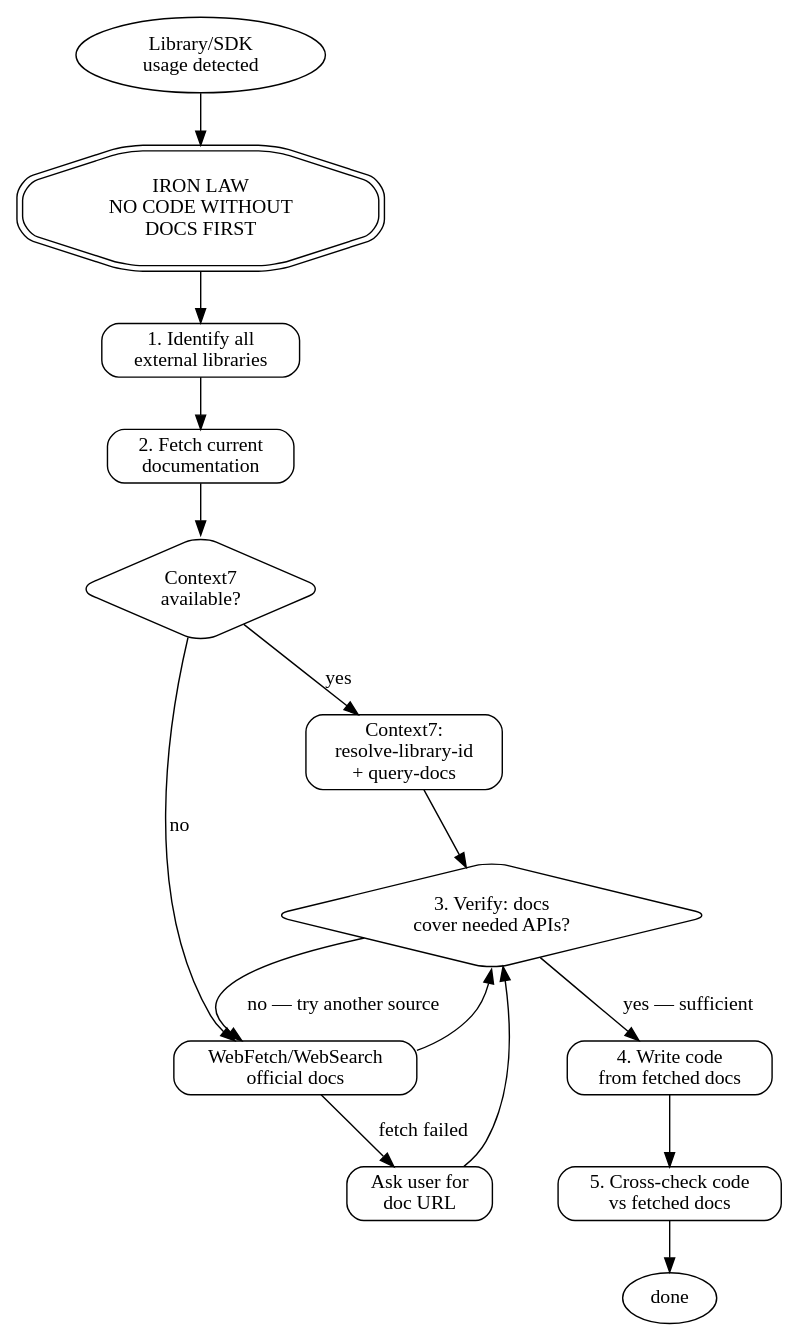
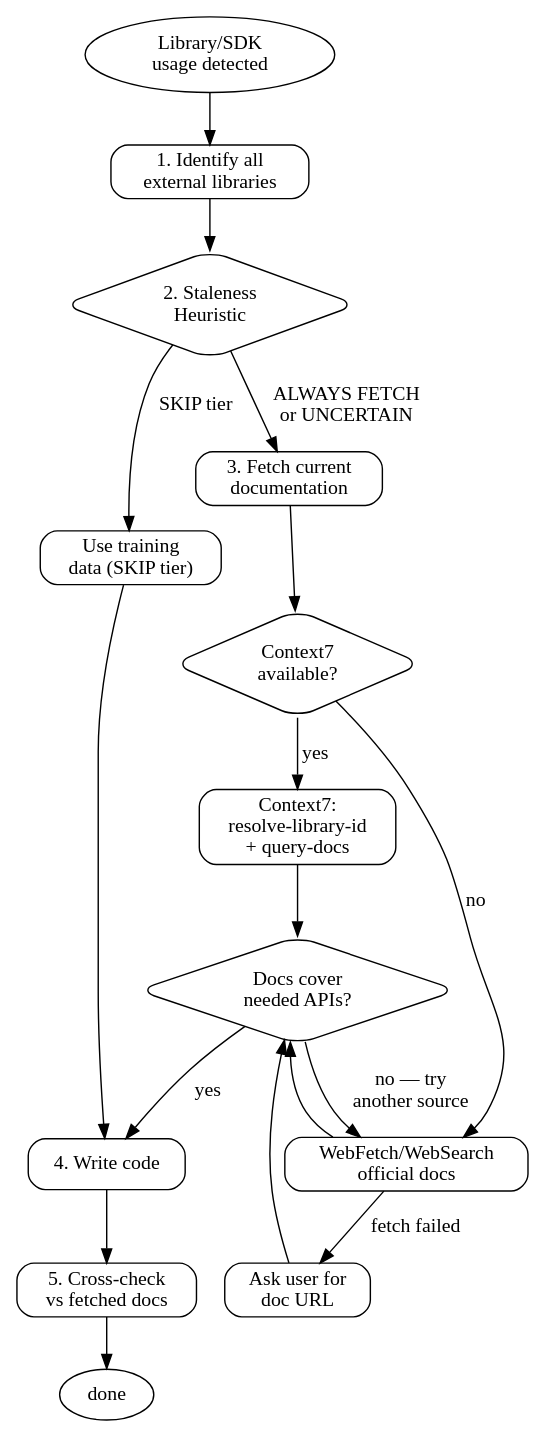
Before and after one commit to bagelcode-gamestudio/claude-plugins: the diagram in plugins/knowledge-bridge/skills/knowledge-bridge/SKILL.md, drawn with Graphviz. The commit also changed other lines of this file, not shown here.

First line of the commit message:
refactor: add staleness heuristic to knowledge-bridge skill

````diff
--- a/plugins/knowledge-bridge/skills/knowledge-bridge/SKILL.md
+++ b/plugins/knowledge-bridge/skills/knowledge-bridge/SKILL.md
@@ -57,34 +79,37 @@
 ```graphviz
 digraph knowledge_bridge {
   rankdir=TB;
   node [shape=box style=rounded];
 
   START       [label="Library/SDK\nusage detected" shape=oval];
-  IRON_LAW    [label="IRON LAW\nNO CODE WITHOUT\nDOCS FIRST" shape=doubleoctagon];
   IDENTIFY    [label="1. Identify all\nexternal libraries"];
-  FETCH       [label="2. Fetch current\ndocumentation"];
+  ASSESS      [label="2. Staleness\nHeuristic" shape=diamond];
+  SKIP_PATH   [label="Use training\ndata (SKIP tier)"];
+  FETCH       [label="3. Fetch current\ndocumentation"];
   TOOL_CHECK  [label="Context7\navailable?" shape=diamond];
   CTX7        [label="Context7:\nresolve-library-id\n+ query-docs"];
   WEBFETCH    [label="WebFetch/WebSearch\nofficial docs"];
   ASK_USER    [label="Ask user for\ndoc URL"];
-  VERIFY      [label="3. Verify: docs\ncover needed APIs?" shape=diamond];
-  WRITE_CODE  [label="4. Write code\nfrom fetched docs"];
-  CROSSCHECK  [label="5. Cross-check code\nvs fetched docs"];
+  VERIFY      [label="Docs cover\nneeded APIs?" shape=diamond];
+  WRITE_CODE  [label="4. Write code"];
+  CROSSCHECK  [label="5. Cross-check\nvs fetched docs"];
   END         [label="done" shape=oval];
 
-  START       -> IRON_LAW;
-  IRON_LAW    -> IDENTIFY;
-  IDENTIFY    -> FETCH;
+  START       -> IDENTIFY;
+  IDENTIFY    -> ASSESS;
+  ASSESS      -> SKIP_PATH     [label="SKIP tier"];
+  ASSESS      -> FETCH         [label="ALWAYS FETCH\nor UNCERTAIN"];
+  SKIP_PATH   -> WRITE_CODE;
   FETCH       -> TOOL_CHECK;
-  TOOL_CHECK  -> CTX7            [label="yes"];
-  TOOL_CHECK  -> WEBFETCH        [label="no"];
+  TOOL_CHECK  -> CTX7          [label="yes"];
+  TOOL_CHECK  -> WEBFETCH      [label="no"];
   CTX7        -> VERIFY;
   WEBFETCH    -> VERIFY;
-  WEBFETCH    -> ASK_USER        [label="fetch failed"];
+  WEBFETCH    -> ASK_USER      [label="fetch failed"];
   ASK_USER    -> VERIFY;
-  VERIFY      -> WRITE_CODE      [label="yes — sufficient"];
-  VERIFY      -> WEBFETCH        [label="no — try another source"];
+  VERIFY      -> WRITE_CODE    [label="yes"];
+  VERIFY      -> WEBFETCH      [label="no — try\nanother source"];
   WRITE_CODE  -> CROSSCHECK;
   CROSSCHECK  -> END;
 }
 ```
````
